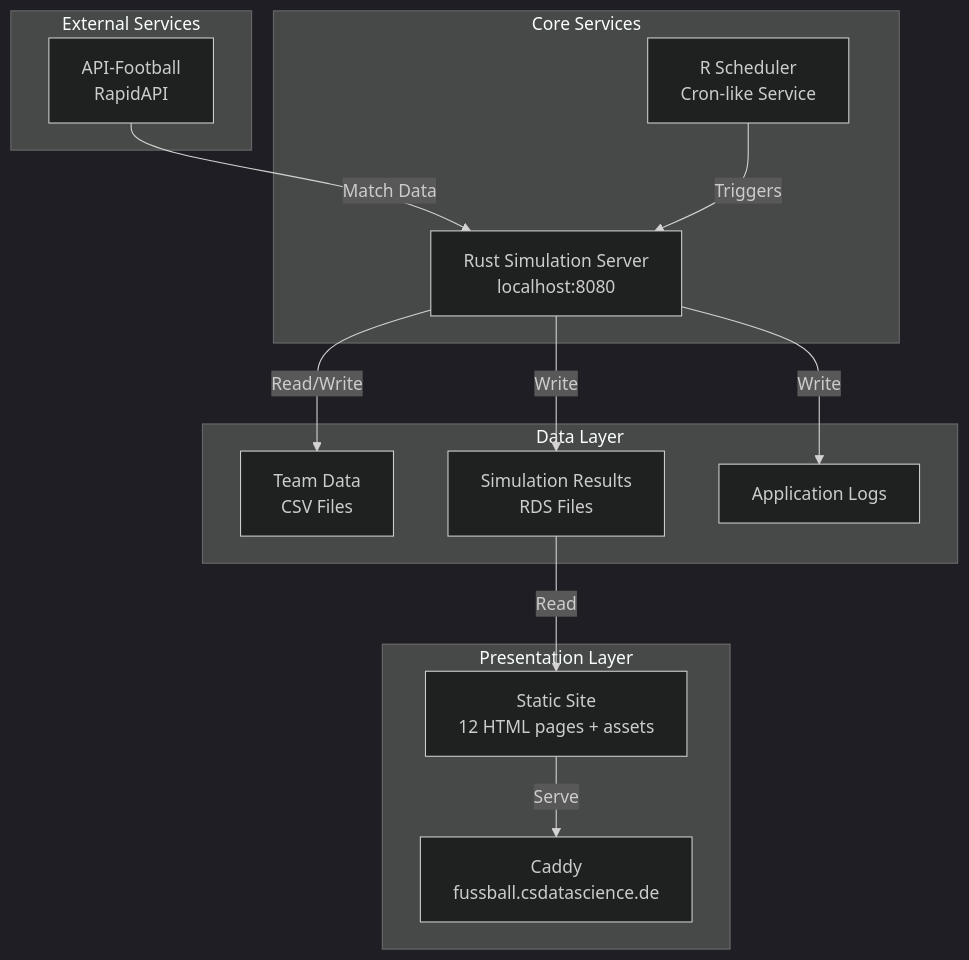
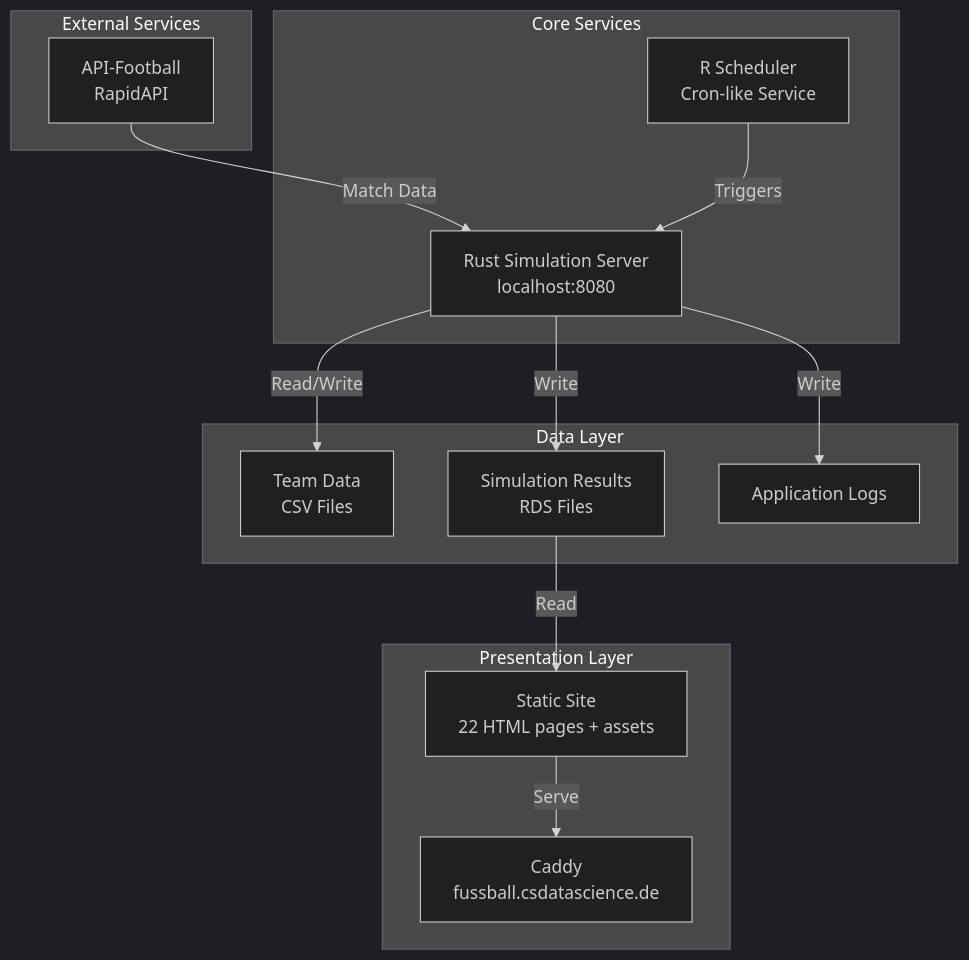
One commit to chrisschwer/League-Simulator-Update changed the first of 6 diagrams in docs/architecture/overview.md. Above: the diagram before and after it, drawn with Mermaid (dark theme). The commit also changed other lines of this file and 3 other files, not shown here.

````diff
--- a/docs/architecture/overview.md
+++ b/docs/architecture/overview.md
@@ -7,30 +7,30 @@
 ```mermaid
 graph TB
     subgraph "External Services"
         API[API-Football<br/>RapidAPI]
     end
     
     subgraph "Core Services"
         SIM[Rust Simulation Server<br/>localhost:8080]
         SCH[R Scheduler<br/>Cron-like Service]
     end
     
     subgraph "Data Layer"
         CSV[Team Data<br/>CSV Files]
         RDS[Simulation Results<br/>RDS Files]
         LOGS[Application Logs]
     end
     
     subgraph "Presentation Layer"
-        SITE[Static Site<br/>12 HTML pages + assets]
+        SITE[Static Site<br/>22 HTML pages + assets]
         CADDY[Caddy<br/>fussball.csdatascience.de]
     end
     
     API -->|Match Data| SIM
     SCH -->|Triggers| SIM
     SIM -->|Read/Write| CSV
     SIM -->|Write| RDS
     SIM -->|Write| LOGS
     RDS -->|Read| SITE
     SITE -->|Serve| CADDY
 ```
````
